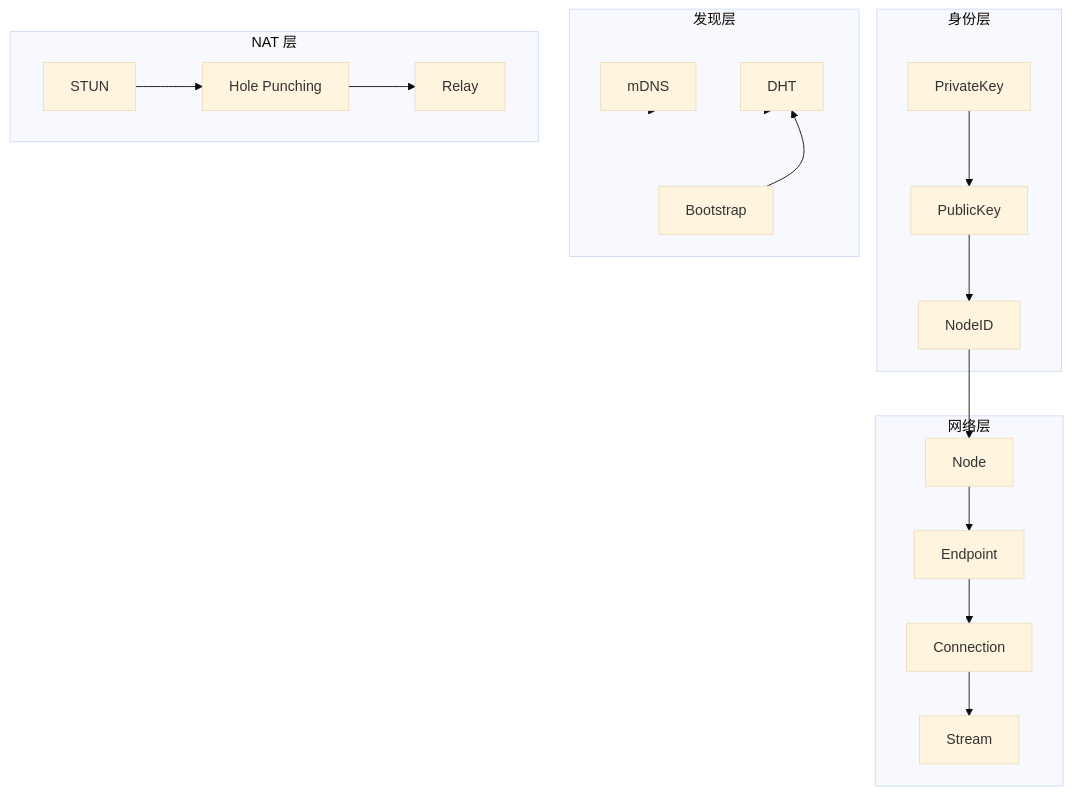
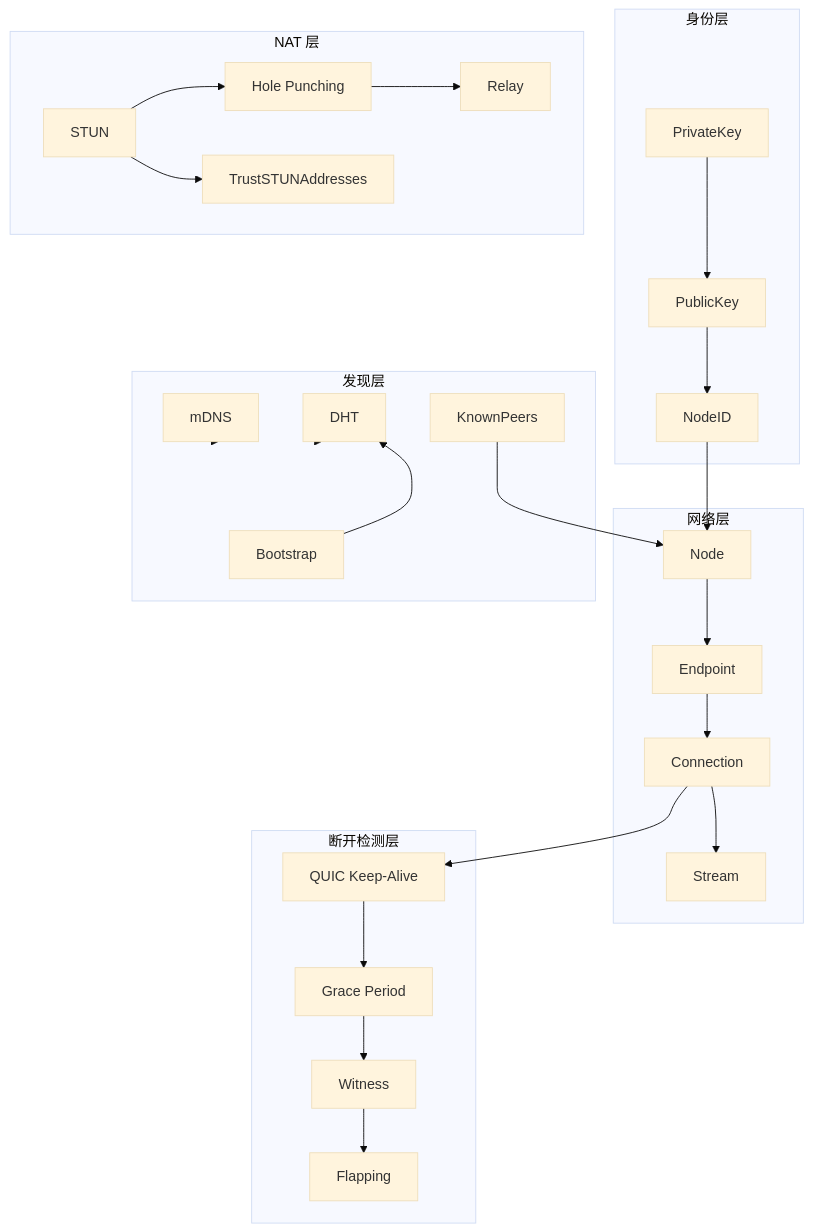
The second of 2 diagrams in docs/zh/reference/glossary.md (dep2p/go-dep2p), drawn with Mermaid (base theme) before and after one commit. The commit also changed other lines of this file and 2026 other files, not shown here.

````diff
--- a/docs/zh/reference/glossary.md
+++ b/docs/zh/reference/glossary.md
@@ -444,36 +636,48 @@
 ```mermaid
 flowchart TD
     subgraph Identity [身份层]
         PrivKey["PrivateKey"]
         PubKey["PublicKey"]
         NID["NodeID"]
     end
     
     subgraph Network [网络层]
         Node["Node"]
         EP["Endpoint"]
         Conn["Connection"]
         Stream["Stream"]
     end
     
     subgraph Discovery [发现层]
         DHT["DHT"]
         mDNS["mDNS"]
         Boot["Bootstrap"]
+        KP["KnownPeers"]
     end
     
     subgraph NAT [NAT 层]
         STUN["STUN"]
+        TrustSTUN["TrustSTUNAddresses"]
         HP["Hole Punching"]
         Relay["Relay"]
+    end
+    
+    subgraph Disconnect [断开检测层]
+        QKA["QUIC Keep-Alive"]
+        Grace["Grace Period"]
+        Witness["Witness"]
+        Flap["Flapping"]
     end
     
     PrivKey --> PubKey --> NID
     NID --> Node
     Node --> EP --> Conn --> Stream
     Boot --> DHT
+    KP --> Node
     mDNS --> Discovery
     DHT --> Discovery
     STUN --> HP
+    STUN --> TrustSTUN
     HP --> Relay
+    Conn --> QKA --> Grace --> Witness --> Flap
 ```
````
